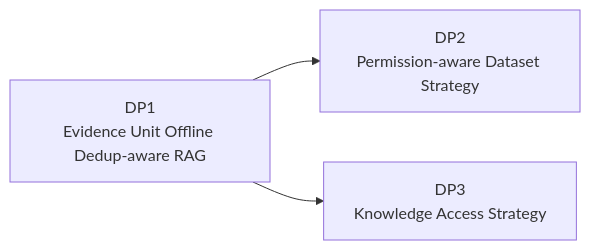
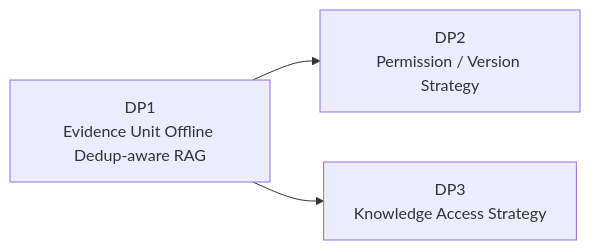
One commit to younlea/2026_architect_9B_team changed the fourth of 4 diagrams in doc/02_DP1_Dedup_Aware_RAG_Selection.md. Above: the diagram before and after it, drawn with Mermaid. The commit also changed other lines of this file and 14 other files, not shown here.

````diff
--- a/doc/02_DP1_Dedup_Aware_RAG_Selection.md
+++ b/doc/02_DP1_Dedup_Aware_RAG_Selection.md
@@ -324,5 +368,5 @@
 ```mermaid
 flowchart LR
-    A[DP1<br/>Evidence Unit Offline Dedup-aware RAG] --> B[DP2<br/>Permission-aware Dataset Strategy]
+    A[DP1<br/>Evidence Unit Offline Dedup-aware RAG] --> B[DP2<br/>Permission / Version Strategy]
     A --> C[DP3<br/>Knowledge Access Strategy]
 ```
````
